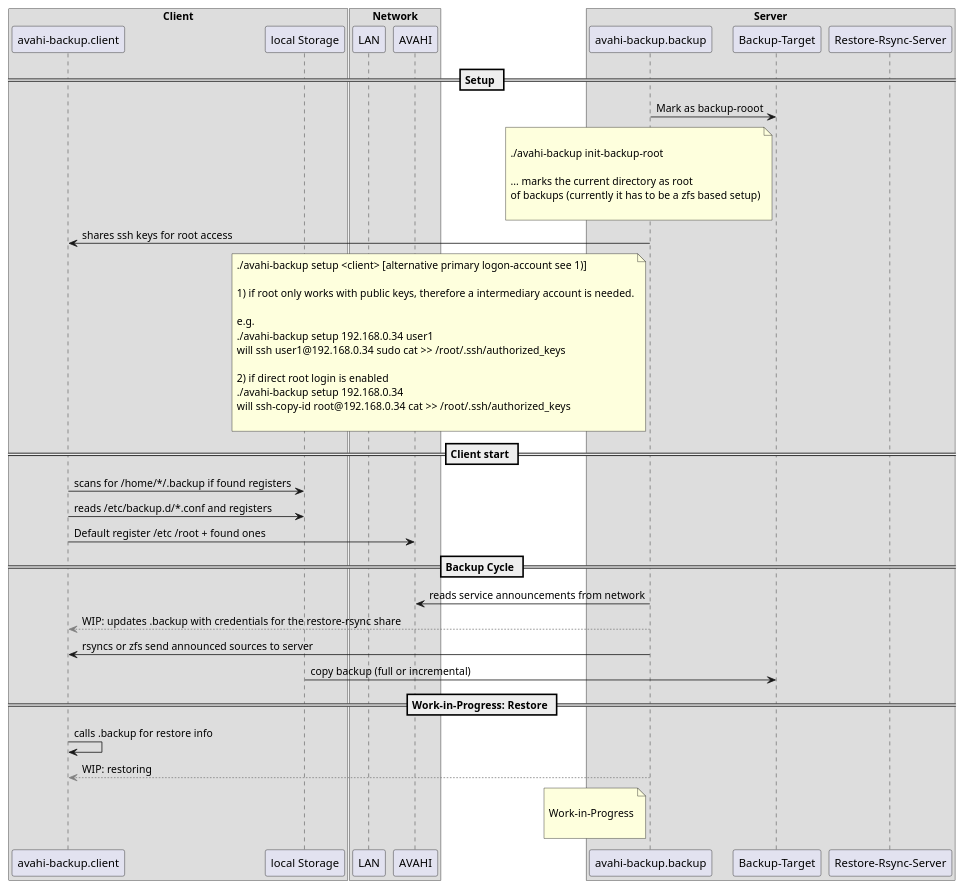
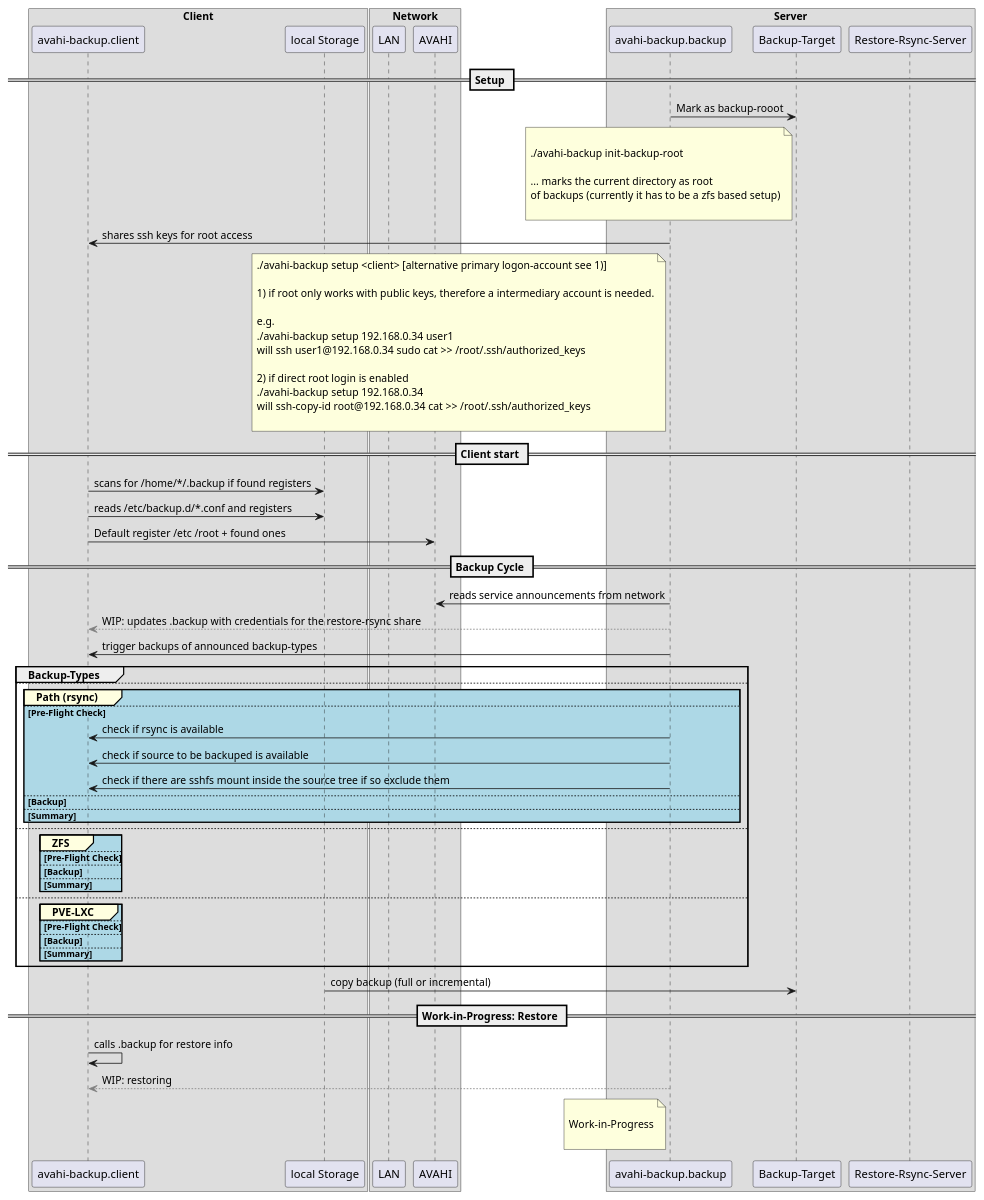
One commit to hastmu/avahi-backup changed the diagram in doc/readme.overview.plantuml. Above: the diagram before and after it, drawn with PlantUML. The commit also changed 1 other file, not shown here.

```diff
--- a/doc/readme.overview.plantuml
+++ b/doc/readme.overview.plantuml
@@ -1,74 +1,109 @@
 @startuml 
 
 box "Client"
    participant "avahi-backup.client" as client
    participant "local Storage" as local.storage
 end box
 
 box "Network"
    participant "LAN" as lan
    participant "AVAHI" as avahi.announcement
 end box
 
 box "Server"
    participant "avahi-backup.backup" as backup
    participant "Backup-Target" as backup.storage
    participant "Restore-Rsync-Server" as backup.restore
 end box
 
 == Setup ==
 
 backup -> backup.storage: Mark as backup-rooot
 
 note left of backup.storage
 
 ./avahi-backup init-backup-root
 
 ... marks the current directory as root 
 of backups (currently it has to be a zfs based setup)
 
 end note
 
 backup -> client: shares ssh keys for root access
 
 note left of backup
 ./avahi-backup setup <client> [alternative primary logon-account see 1)]
 
 1) if root only works with public keys, therefore a intermediary account is needed.
 
 e.g.
 ./avahi-backup setup 192.168.0.34 user1
 will ssh user1@192.168.0.34 sudo cat >> /root/.ssh/authorized_keys
 
 2) if direct root login is enabled
 ./avahi-backup setup 192.168.0.34
 will ssh-copy-id root@192.168.0.34 cat >> /root/.ssh/authorized_keys
 
 end note
 
 == Client start ==
 
 client -> local.storage: scans for /home/*/.backup if found registers
 client -> local.storage: reads /etc/backup.d/*.conf and registers
 client -> avahi.announcement: Default register /etc /root + found ones
 
 == Backup Cycle ==
 
 backup -> avahi.announcement: reads service announcements from network
 backup -[#Grey]-> client: WIP: updates .backup with credentials for the restore-rsync share
-backup -> client: rsyncs or zfs send announced sources to server
+backup -> client: trigger backups of announced backup-types
+
+group Backup-Types
+
+else
+
+group#LightYellow #LightBlue Path (rsync)
+else Pre-Flight Check
+
+backup -> client: check if rsync is available
+backup -> client: check if source to be backuped is available
+backup -> client: check if there are sshfs mount inside the source tree if so exclude them
+
+else Backup
+else Summary
+end group
+
+else 
+
+group#LightYellow #LightBlue ZFS
+else Pre-Flight Check
+else Backup
+else Summary
+end group
+
+
+else 
+
+group#LightYellow #LightBlue PVE-LXC
+else Pre-Flight Check
+else Backup
+else Summary
+end group
+
+end group 
+
 local.storage -> backup.storage: copy backup (full or incremental)
 
 
 == Work-in-Progress: Restore ==
 
 client -> client: calls .backup for restore info
 backup -[#Grey]-> client: WIP: restoring 
 
 note left of backup
 
 Work-in-Progress
 
 end note
 
 @enduml
```
